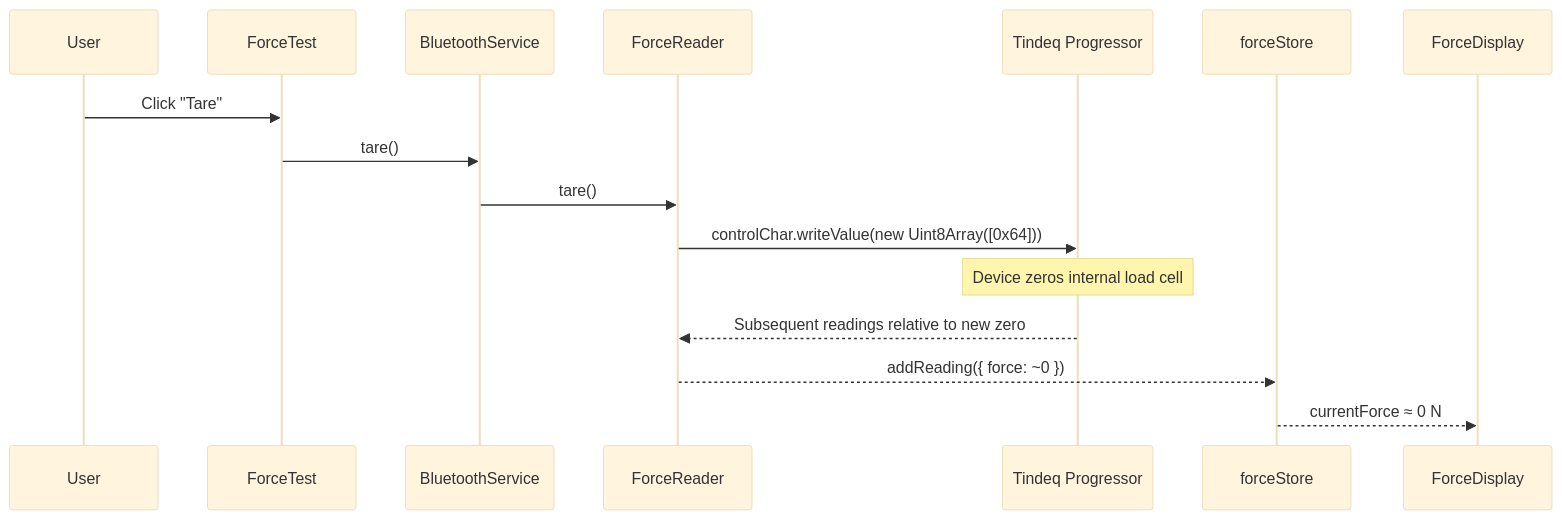
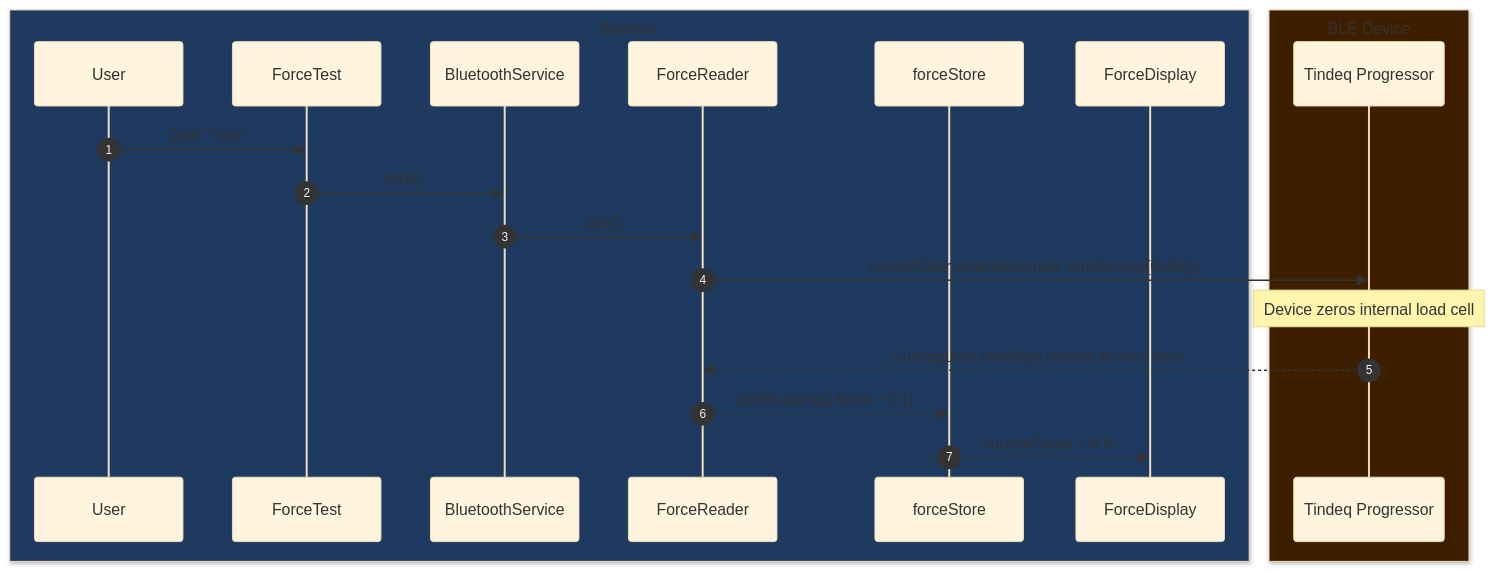
Diagram 20 of 23 in ARCHITECTURE.md (DerekLieww/Force-Recorder), drawn with Mermaid (base theme) before and after one commit. The commit also changed other lines of this file and 9 other files, not shown here.

````diff
--- a/ARCHITECTURE.md
+++ b/ARCHITECTURE.md
@@ -948,19 +1078,24 @@
 ```mermaid
 sequenceDiagram
+    autonumber
+    box rgb(30,58,95) Browser
     participant User
     participant ForceTest
     participant BluetoothService
     participant ForceReader
-    participant BLEDevice as Tindeq Progressor
     participant forceStore
     participant ForceDisplay
+    end
+    box rgb(61,31,0) BLE Device
+    participant BLEDevice as Tindeq Progressor
+    end
 
     User->>ForceTest: Click "Tare"
     ForceTest->>BluetoothService: tare()
     BluetoothService->>ForceReader: tare()
     ForceReader->>BLEDevice: controlChar.writeValue(new Uint8Array([0x64]))
     Note over BLEDevice: Device zeros internal load cell
     BLEDevice-->>ForceReader: Subsequent readings relative to new zero
     ForceReader-->>forceStore: addReading({ force: ~0 })
     forceStore-->>ForceDisplay: currentForce ≈ 0 N
 ```
````
